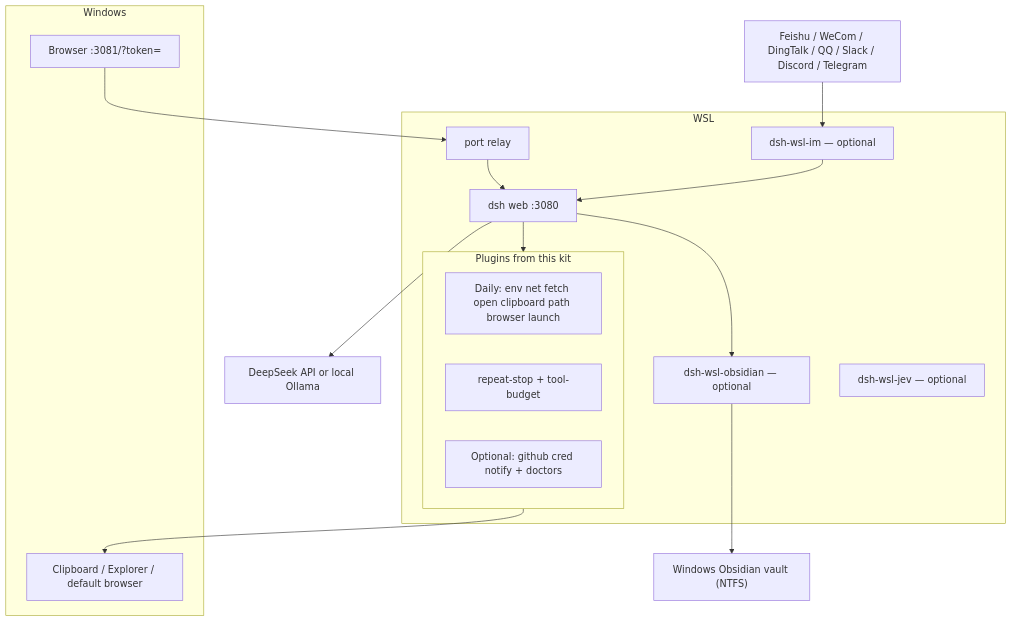
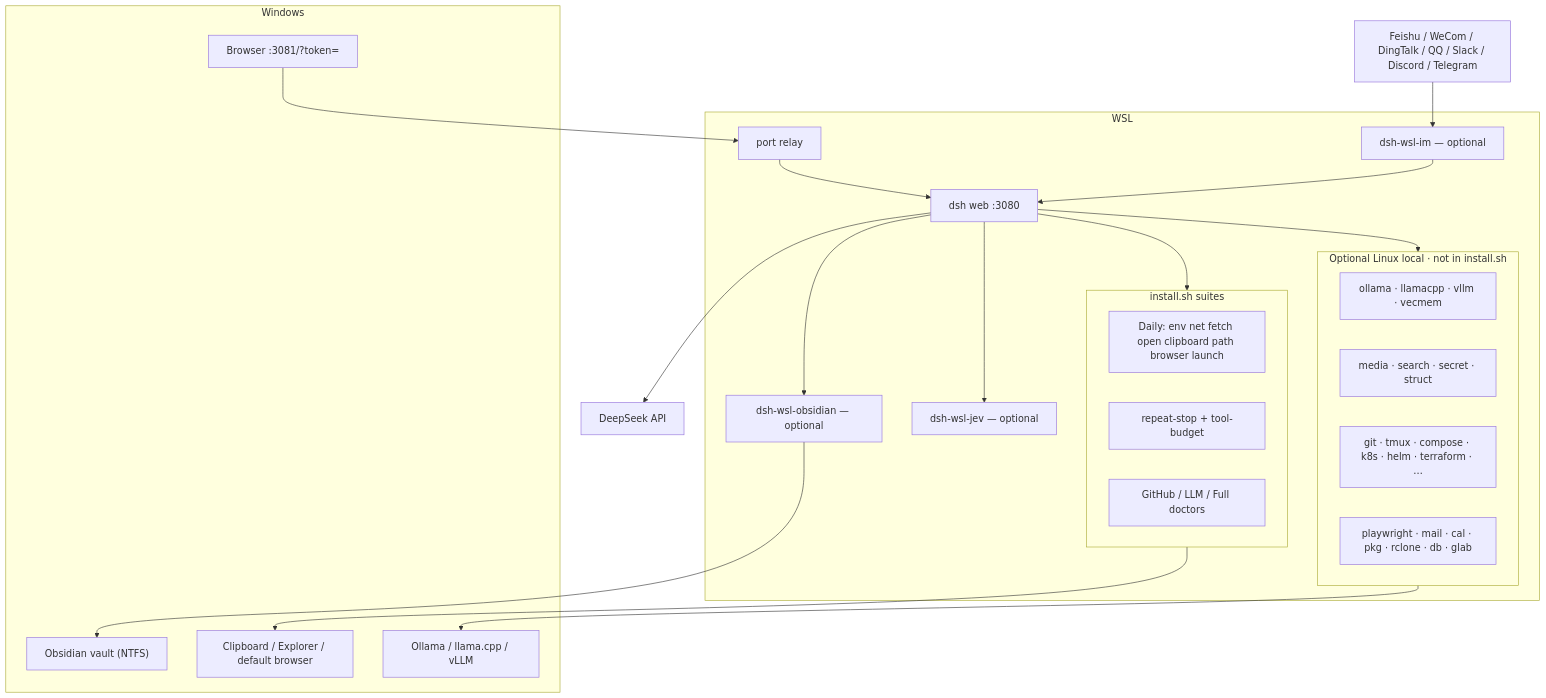
One commit to 173787247/dsh-wsl-kit changed the diagram in README.md. Above: the diagram before and after it, drawn with Mermaid. The commit also changed other lines of this file and 1 other file, not shown here.

First line of the commit message:
Refresh kit architecture for Linux-optional plugin wave.

````diff
--- a/README.md
+++ b/README.md
@@ -15,30 +15,40 @@
 ```mermaid
 flowchart TB
   subgraph win [Windows]
     browser["Browser :3081/?token="]
     host["Clipboard / Explorer / default browser"]
+    vault["Obsidian vault (NTFS)"]
+    localLLM["Ollama / llama.cpp / vLLM"]
   end
   subgraph wslbox [WSL]
     relay["port relay"]
     dsh["dsh web :3080"]
-    subgraph plugins [Plugins from this kit]
+    subgraph kitPlugins [install.sh suites]
       daily["Daily: env net fetch open clipboard path browser launch"]
       guards["repeat-stop + tool-budget"]
-      more["Optional: github cred notify + doctors"]
+      more["GitHub / LLM / Full doctors"]
+    end
+    subgraph linuxOpt [Optional Linux local · not in install.sh]
+      infer["ollama · llamacpp · vllm · vecmem"]
+      media["media · search · secret · struct"]
+      devops["git · tmux · compose · k8s · helm · terraform · …"]
+      desk["playwright · mail · cal · pkg · rclone · db · glab"]
     end
     im["dsh-wsl-im — optional"]
     obsidian["dsh-wsl-obsidian — optional"]
     jev["dsh-wsl-jev — optional"]
   end
-  llm["DeepSeek API or local Ollama"]
+  api["DeepSeek API"]
   chats["Feishu / WeCom / DingTalk / QQ / Slack / Discord / Telegram"]
-  vault["Windows Obsidian vault (NTFS)"]
 
   browser --> relay --> dsh
-  dsh --> plugins
-  dsh --> llm
-  plugins --> host
+  dsh --> kitPlugins
+  dsh --> linuxOpt
+  dsh --> api
+  linuxOpt --> localLLM
+  kitPlugins --> host
   chats --> im --> dsh
   obsidian --> vault
   dsh --> obsidian
+  dsh --> jev
 ```
````
